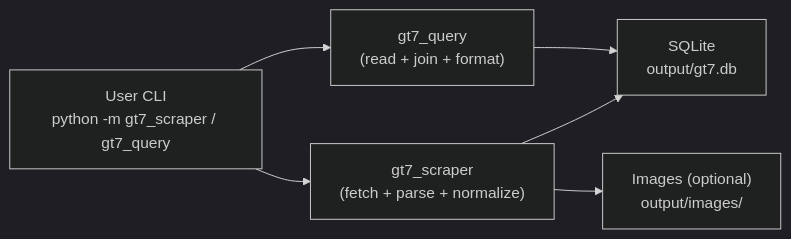
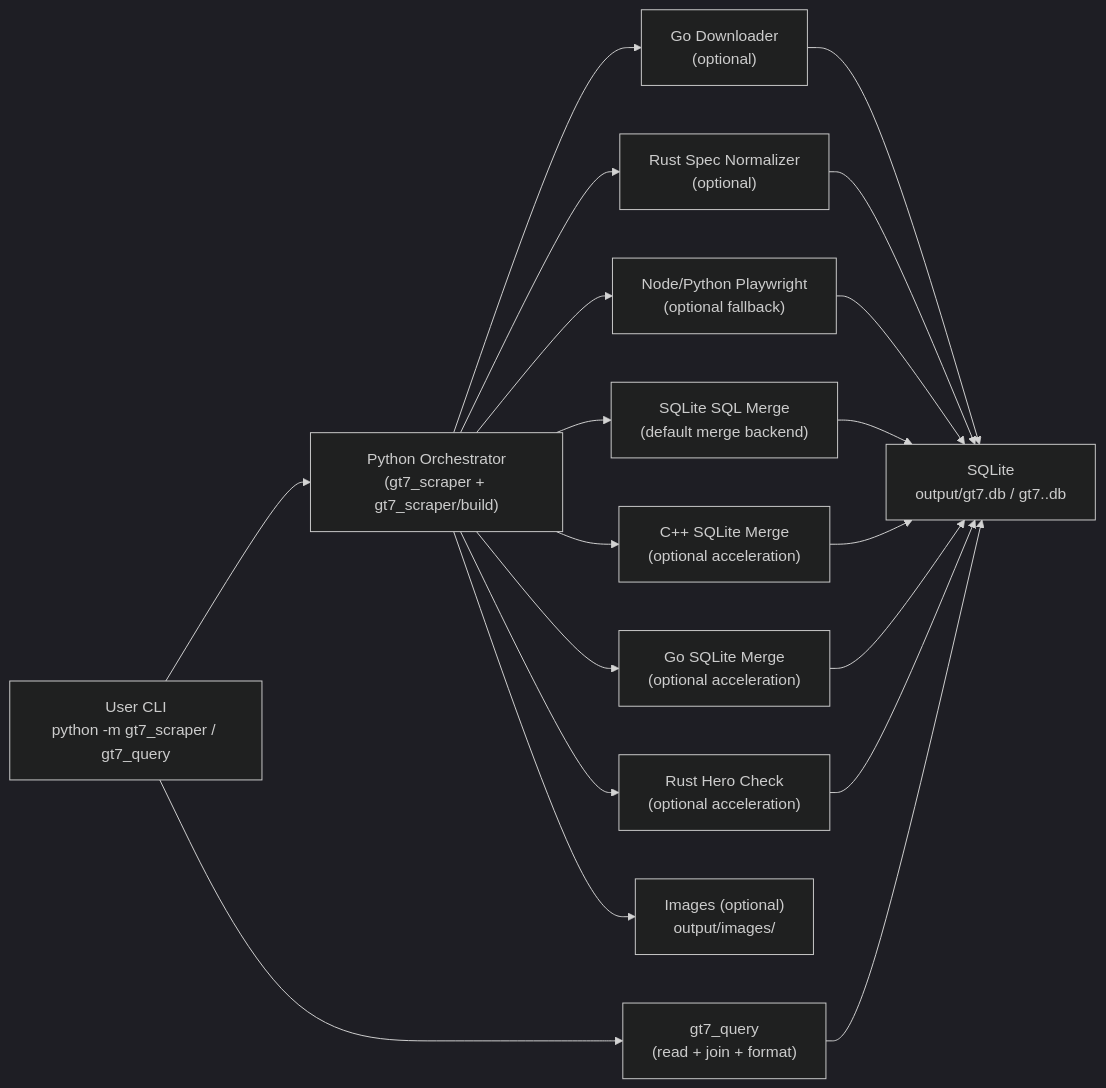
The first of 3 diagrams in docs/ARCHITECTURE.md (Nishikori-Yui/gt7-dataset-scraper), drawn with Mermaid (dark theme) before and after one commit. The commit also changed other lines of this file and 11 other files, not shown here.

````diff
--- a/docs/ARCHITECTURE.md
+++ b/docs/ARCHITECTURE.md
@@ -24,8 +40,21 @@
 ```mermaid
 flowchart LR
-  U["User CLI\npython -m gt7_scraper / gt7_query"] --> S["gt7_scraper\n(fetch + parse + normalize)"]
-  S --> DB["SQLite\noutput/gt7.db"]
+  U["User CLI\npython -m gt7_scraper / gt7_query"] --> S["Python Orchestrator\n(gt7_scraper + gt7_scraper/build)"]
+  S --> GO["Go Downloader\n(optional)"]
+  S --> RS["Rust Spec Normalizer\n(optional)"]
+  S --> PW["Node/Python Playwright\n(optional fallback)"]
+  S --> SQL["SQLite SQL Merge\n(default merge backend)"]
+  S --> CPP["C++ SQLite Merge\n(optional acceleration)"]
+  S --> MG["Go SQLite Merge\n(optional acceleration)"]
+  S --> RH["Rust Hero Check\n(optional acceleration)"]
+  GO --> DB["SQLite\noutput/gt7.db / gt7.<locale>.db"]
+  RS --> DB
+  PW --> DB
+  SQL --> DB
+  CPP --> DB
+  MG --> DB
+  RH --> DB
   S --> IMG["Images (optional)\noutput/images/"]
   Q["gt7_query\n(read + join + format)"] --> DB
   U --> Q
 ```
````
